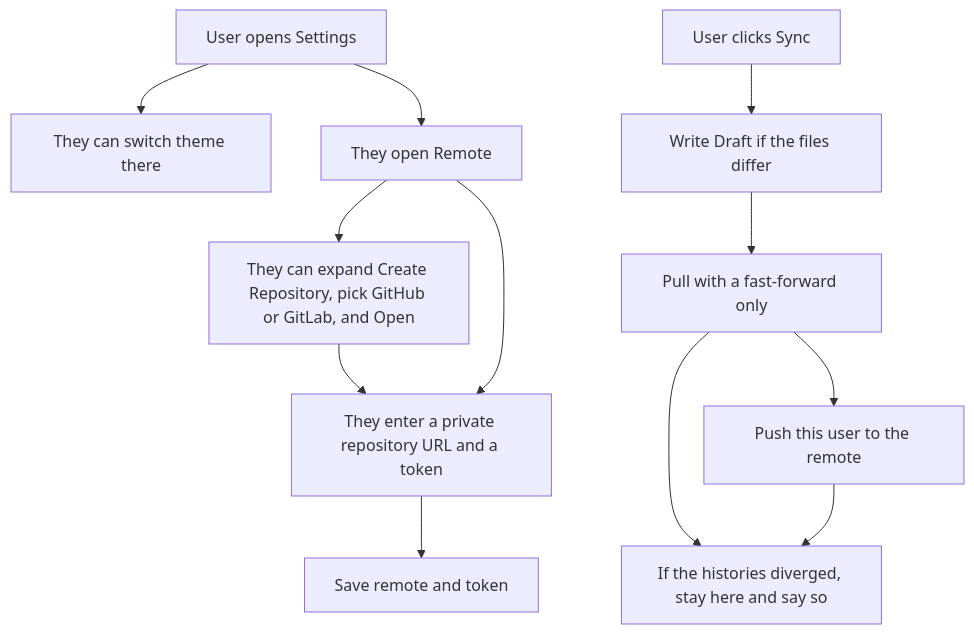
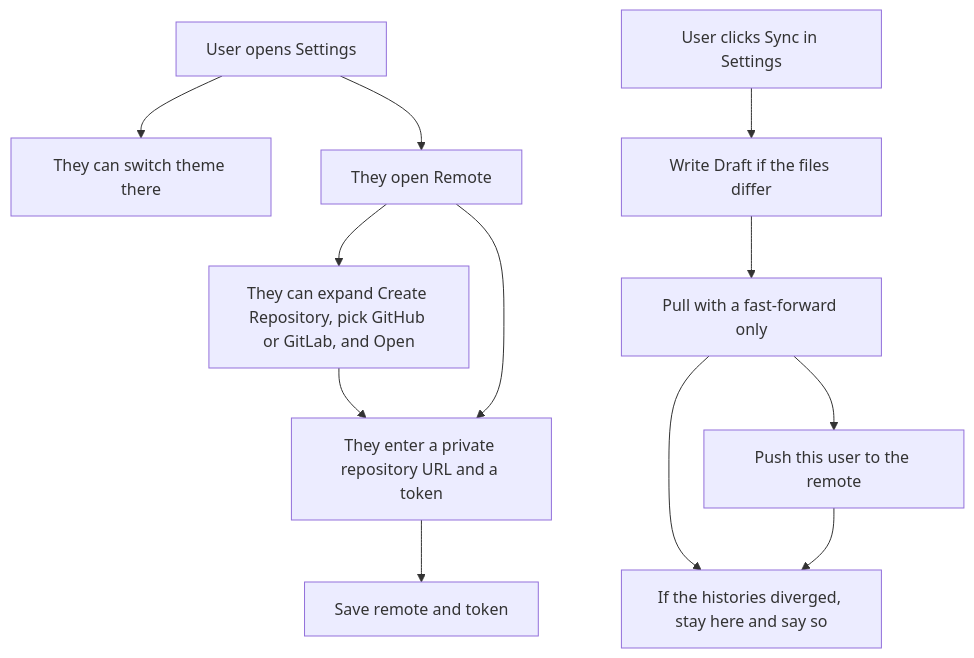
Diagram 13 of 14 in docs/user-flows.md (IsmailBiswas/lines), drawn with Mermaid before and after one commit. The commit also changed other lines of this file and 22 other files, not shown here.

````diff
--- a/docs/user-flows.md
+++ b/docs/user-flows.md
@@ -269,21 +270,21 @@
 ```mermaid
 flowchart TD
   settings[User opens Settings]
   theme[They can switch theme there]
   remote[They open Remote]
   create[They can expand Create Repository, pick GitHub or GitLab, and Open]
   fields[They enter a private repository URL and a token]
   save[Save remote and token]
-  sync[User clicks Sync]
+  sync[User clicks Sync in Settings]
   write[Write Draft if the files differ]
   pull[Pull with a fast-forward only]
   push[Push this user to the remote]
   fail[If the histories diverged, stay here and say so]
 
   settings --> theme
   settings --> remote --> create --> fields --> save
   remote --> fields
   sync --> write --> pull --> push
   pull --> fail
   push --> fail
 ```
````
